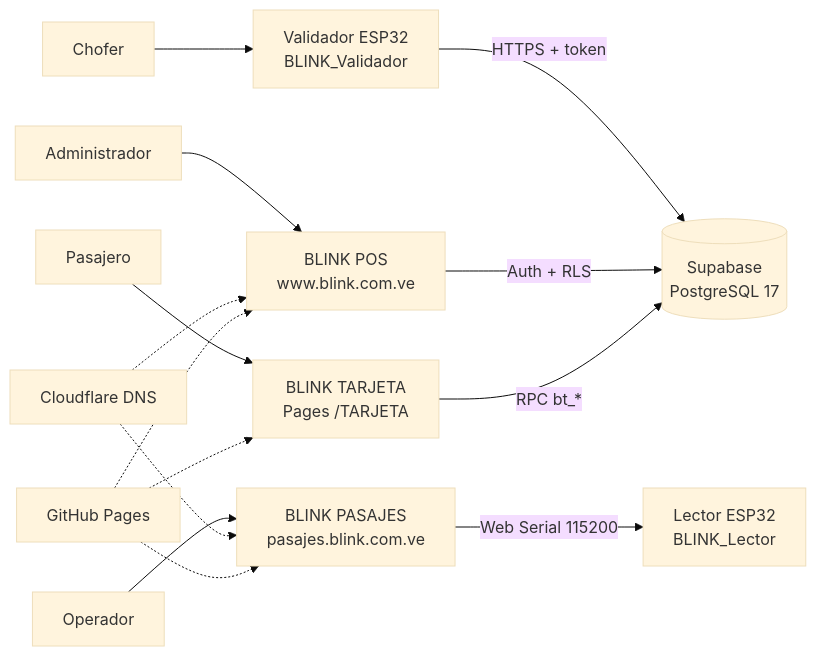
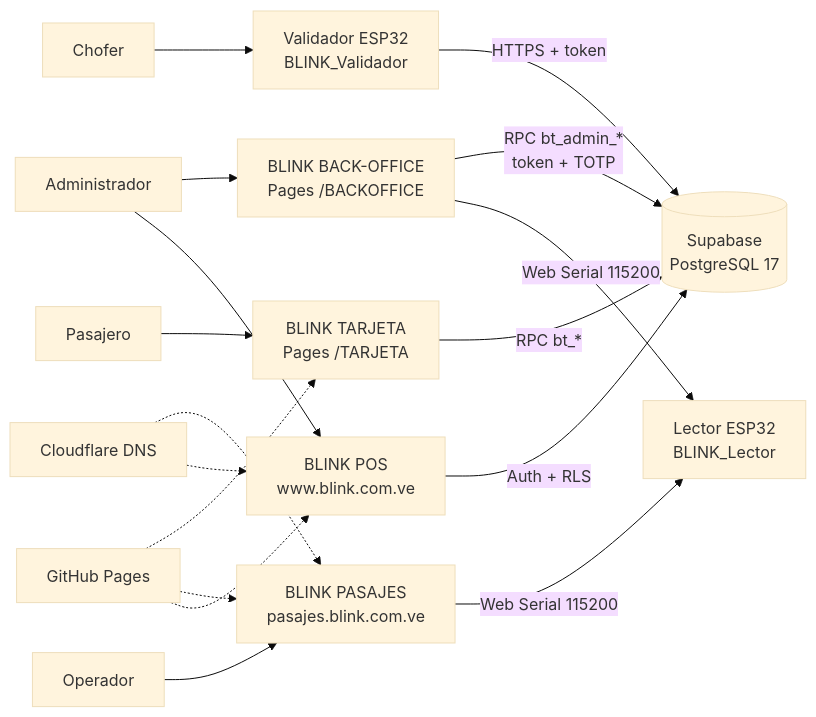
One commit to BLINK-SERVERS/TARJETA changed the diagram in docs/02-arquitectura.md. Above: the diagram before and after it, drawn with Mermaid (base theme). The commit also changed other lines of this file and 14 other files, not shown here.

First line of the commit message:
Documenta el back-office con RBAC y verificación en dos pasos

````diff
--- a/docs/02-arquitectura.md
+++ b/docs/02-arquitectura.md
@@ -13,16 +13,19 @@
 ```mermaid
 flowchart LR
   P[Pasajero] --> T[BLINK TARJETA<br/>Pages /TARJETA]
   C[Chofer] --> V[Validador ESP32<br/>BLINK_Validador]
   V -->|HTTPS + token| S[(Supabase<br/>PostgreSQL 17)]
   O[Operador] --> J[BLINK PASAJES<br/>pasajes.blink.com.ve]
   J -->|Web Serial 115200| L[Lector ESP32<br/>BLINK_Lector]
+  A[Administrador] --> B[BLINK BACK-OFFICE<br/>Pages /BACKOFFICE]
+  B -->|RPC bt_admin_*<br/>token + TOTP| S
+  B -->|Web Serial 115200| L
   A[Administrador] --> K[BLINK POS<br/>www.blink.com.ve]
   K -->|Auth + RLS| S
   T -->|RPC bt_*| S
   CF[Cloudflare DNS] -.-> J
   CF -.-> K
   GH[GitHub Pages] -.-> T
   GH -.-> J
   GH -.-> K
 ```
````
